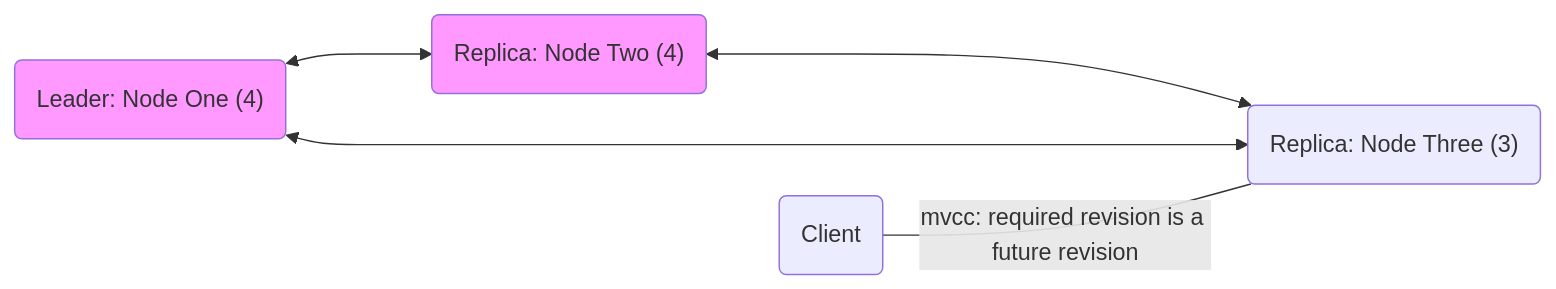
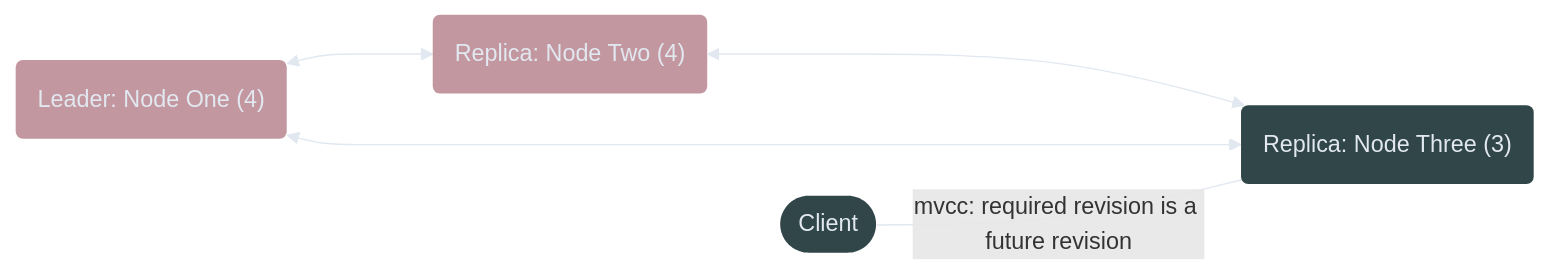
One commit to GeorgeMac/macro.re changed the fourth of 4 diagrams in pages/posts/etcd-and-concurrency-stm.mdx. Above: the diagram before and after it, drawn with Mermaid. The commit also changed other lines of this file and 6 other files, not shown here.

````diff
--- a/pages/posts/etcd-and-concurrency-stm.mdx
+++ b/pages/posts/etcd-and-concurrency-stm.mdx
@@ -314,15 +329,18 @@
 ```mermaid
 flowchart LR
     n1("Leader: Node One (4)")
     n2("Replica: Node Two (4)")
     n3("Replica: Node Three (3)")
-    c(Client)
+    c([Client])
 
     n1 <---> n2
     n2 <---> n3
     n1 <---> n3
     c -- "mvcc: required revision is a future revision" --- n3
 
-    style n1 fill:#f9f
-    style n2 fill:#f9f
+    linkStyle 0,1,2,3 background-color:#fff,stroke:#E2E8F0
+    classDef nodeDefault fill:#314649,color:#E2E8F0,stroke-width:0
+    classDef nodeHigh fill:#c3979f,color:#E2E8F0,stroke-width:0
+    class n3,c nodeDefault;
+    class n1,n2 nodeHigh;
 ```
````
